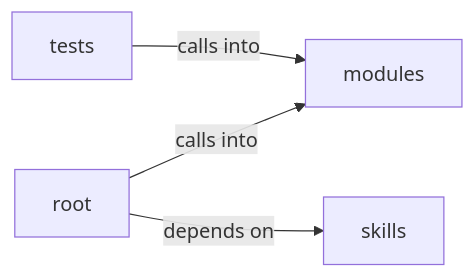
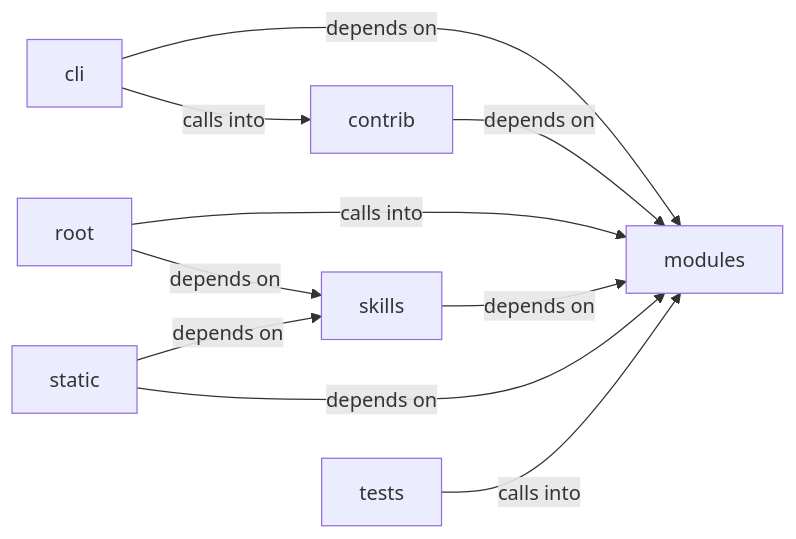
The diagram in readmenator-diagrams/skills_claude_md_orchestrator.md (grisuno/LazyOwn), drawn with Mermaid before and after one commit. The commit also changed other lines of this file and 472 other files, not shown here.

````diff
--- a/readmenator-diagrams/skills_claude_md_orchestrator.md
+++ b/readmenator-diagrams/skills_claude_md_orchestrator.md
@@ -5,10 +5,19 @@
 ```mermaid
 graph LR
+    cli["cli"]
+    contrib["contrib"]
     modules["modules"]
     root["root"]
     skills["skills"]
+    static["static"]
     tests["tests"]
+    cli -- "calls into" --> contrib
+    cli -- "depends on" --> modules
+    contrib -- "depends on" --> modules
     root -- "calls into" --> modules
     root -- "depends on" --> skills
+    skills -- "depends on" --> modules
+    static -- "depends on" --> modules
+    static -- "depends on" --> skills
     tests -- "calls into" --> modules
 ```
````
